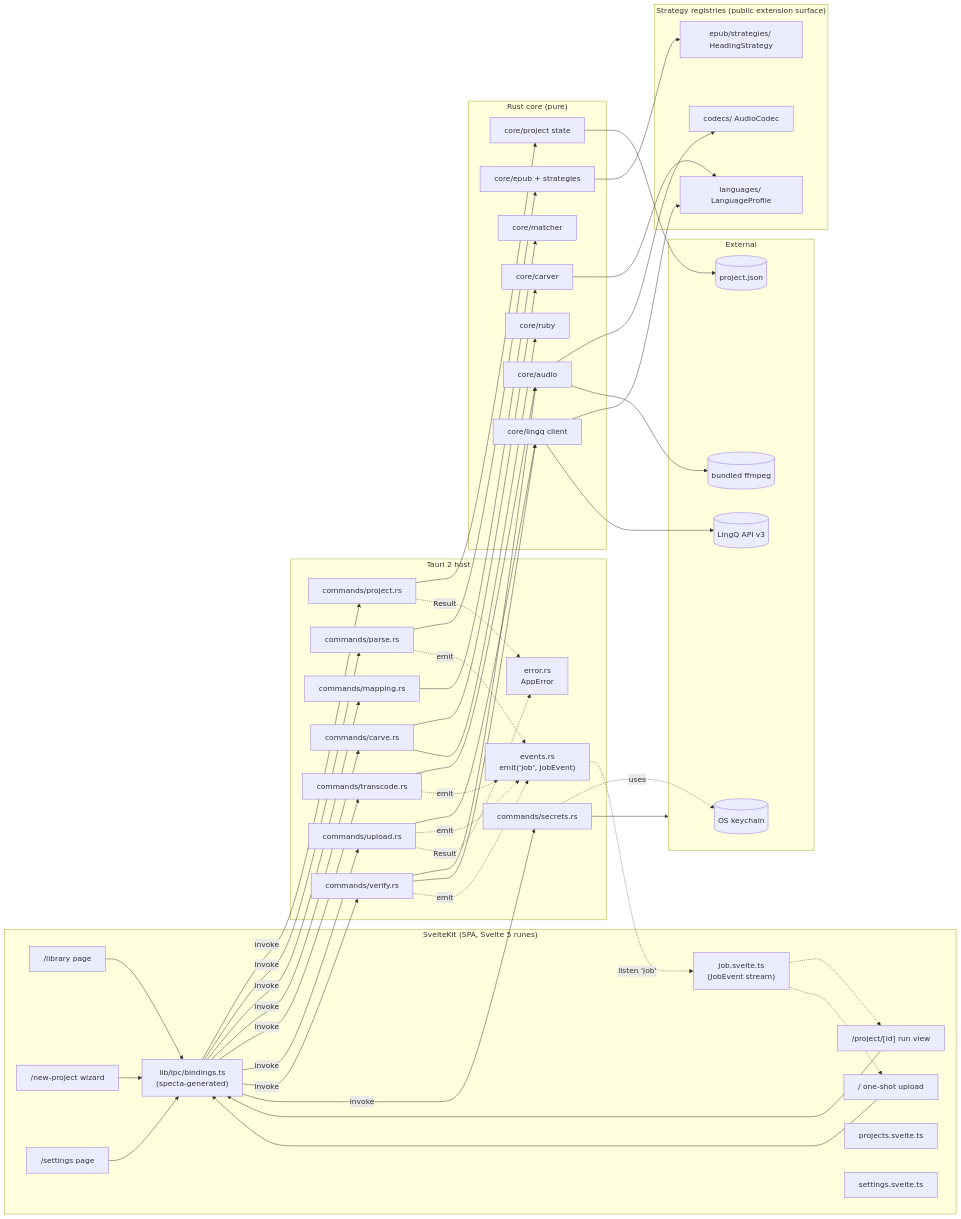
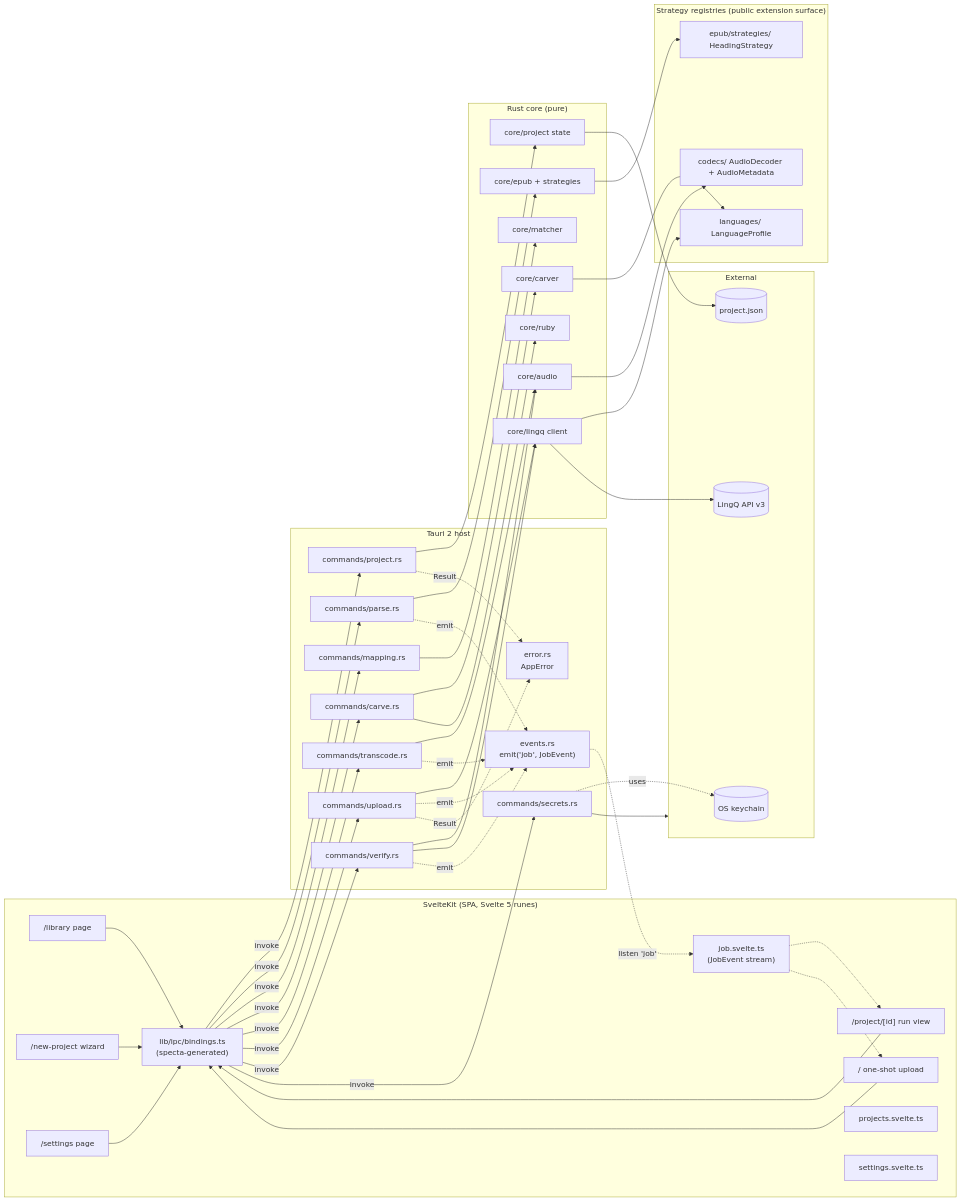
The diagram in docs/architecture/diagrams/components.md (dmty/lingq-upload), drawn with Mermaid before and after one commit. The commit also changed 9 other files, not shown here.

Commit message:
docs: replace ffmpeg-era descriptions with the pure-Rust audio pipeline

```diff
--- a/docs/architecture/diagrams/components.md
+++ b/docs/architecture/diagrams/components.md
@@ -40,14 +40,13 @@
   end
 
   subgraph Pluggable["Strategy registries (public extension surface)"]
-    Codecs["codecs/ AudioCodec"]
+    Codecs["codecs/ AudioDecoder + AudioMetadata"]
     Languages["languages/ LanguageProfile"]
     Headings["epub/strategies/ HeadingStrategy"]
   end
 
   subgraph External["External"]
     Keychain[(OS keychain)]
-    Ffmpeg[(bundled ffmpeg)]
     LingqAPI[(LingQ API v3)]
     Disk[(project.json)]
   end
@@ -88,7 +87,6 @@
   Carver --> Languages
   Lingq --> Languages
 
-  Audio --> Ffmpeg
   Lingq --> LingqAPI
   Project --> Disk
 
```
